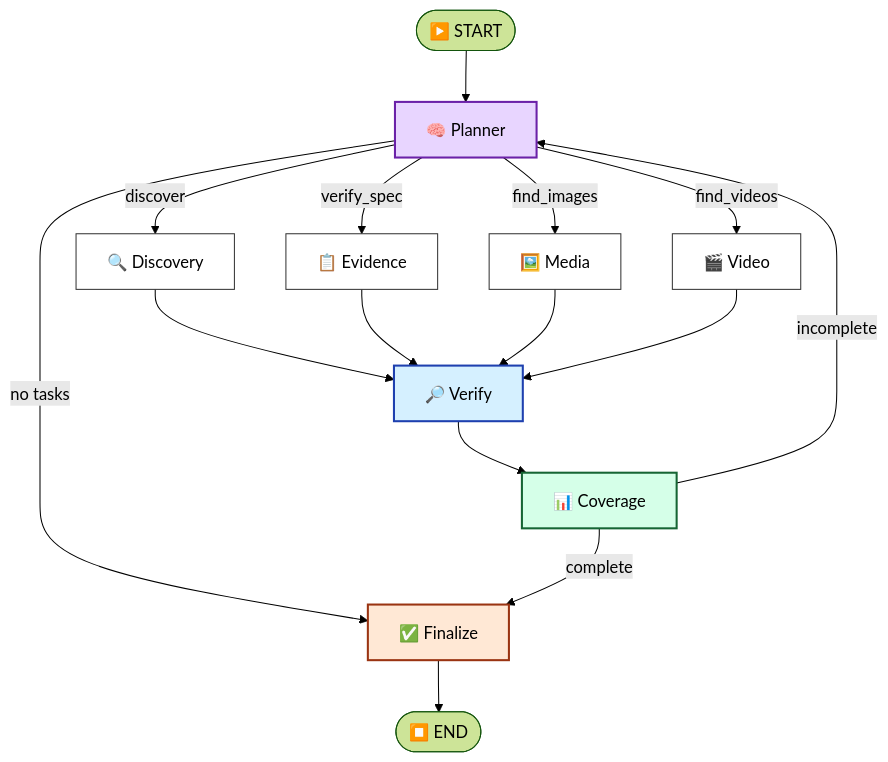
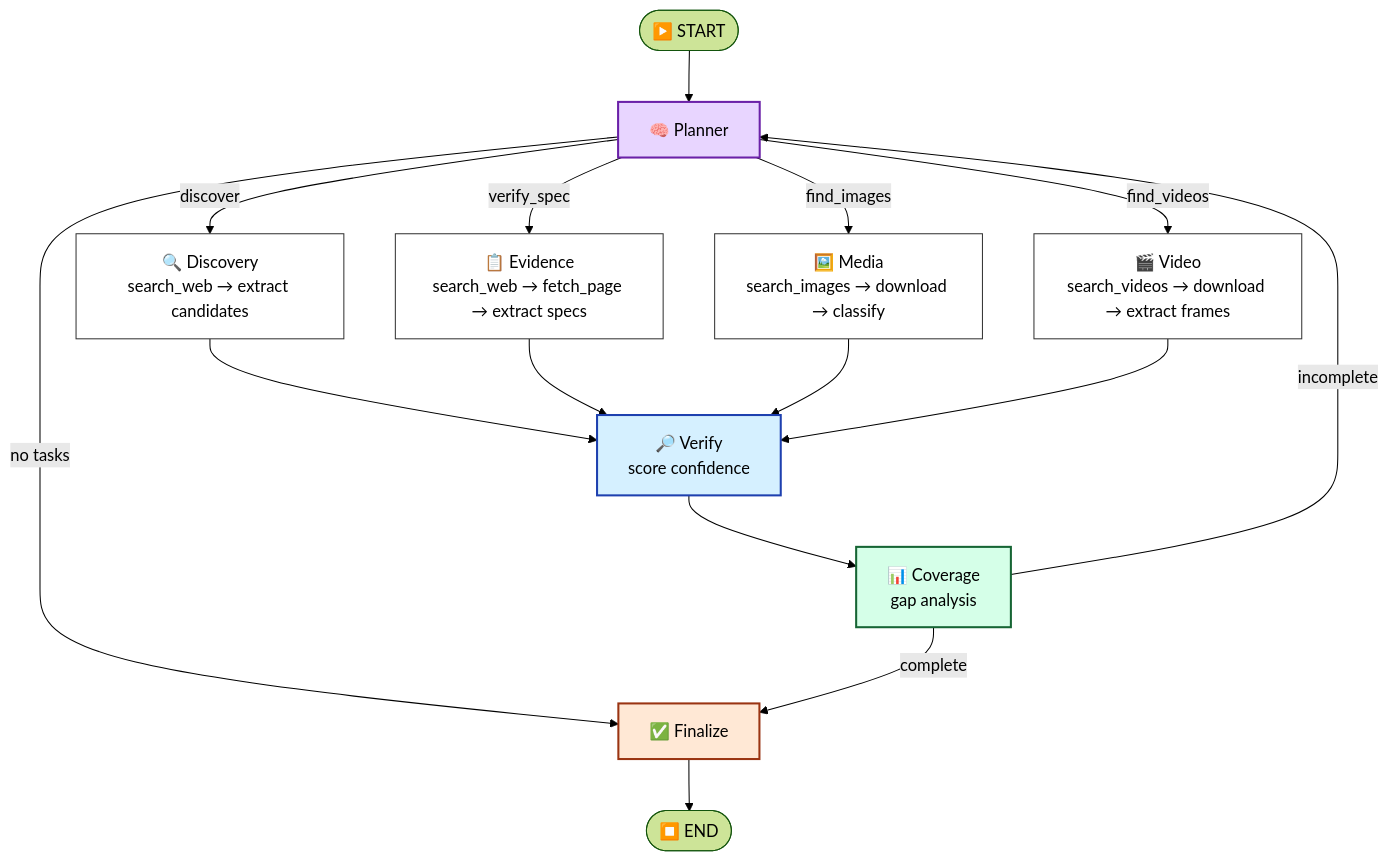
The second of 3 diagrams in README.md (Purushothaman-natarajan/scrap_snaps), drawn with Mermaid (forest theme) before and after one commit. The commit also changed other lines of this file, not shown here.

First line of the commit message:
docs: improve architecture diagrams

````diff
--- a/README.md
+++ b/README.md
@@ -68,31 +77,31 @@
 ```mermaid
 flowchart TD
     Start(["▶️ START"]) --> PLANNER["🧠 Planner"]
     
-    PLANNER -- "discover" --> DISCOVER["🔍 Discovery"]
-    PLANNER -- "verify_spec" --> EVIDENCE["📋 Evidence"]
-    PLANNER -- "find_images" --> MEDIA_COLLECTOR["🖼️ Media"]
-    PLANNER -- "find_videos" --> VIDEO_EXTRACTOR["🎬 Video"]
+    PLANNER -- "discover" --> DISCOVER["🔍 Discovery<br/>search_web → extract candidates"]
+    PLANNER -- "verify_spec" --> EVIDENCE["📋 Evidence<br/>search_web → fetch_page → extract specs"]
+    PLANNER -- "find_images" --> MEDIA_COLLECTOR["🖼️ Media<br/>search_images → download → classify"]
+    PLANNER -- "find_videos" --> VIDEO_EXTRACTOR["🎬 Video<br/>search_videos → download → extract frames"]
     PLANNER -- "no tasks" --> FINALIZE["✅ Finalize"]
     
     DISCOVER --> VERIFY
     EVIDENCE --> VERIFY
     MEDIA_COLLECTOR --> VERIFY
     VIDEO_EXTRACTOR --> VERIFY
     
-    VERIFY["🔎 Verify"] --> COVERAGE["📊 Coverage"]
+    VERIFY["🔎 Verify<br/>score confidence"] --> COVERAGE["📊 Coverage<br/>gap analysis"]
     
     COVERAGE -- "incomplete" --> PLANNER
     COVERAGE -- "complete" --> FINALIZE
     
     FINALIZE --> End(["⏹️ END"])
     
     style PLANNER fill:#E8D5FF,stroke:#6B21A8,stroke-width:2px,color:#000
     style VERIFY fill:#D5F0FF,stroke:#1E40AF,stroke-width:2px,color:#000
     style COVERAGE fill:#D5FFE8,stroke:#166534,stroke-width:2px,color:#000
     style FINALIZE fill:#FFE8D5,stroke:#9A3412,stroke-width:2px,color:#000
     style DISCOVER fill:#FFF,stroke:#333,stroke-width:1px
     style EVIDENCE fill:#FFF,stroke:#333,stroke-width:1px
     style MEDIA_COLLECTOR fill:#FFF,stroke:#333,stroke-width:1px
     style VIDEO_EXTRACTOR fill:#FFF,stroke:#333,stroke-width:1px
 ```
````
